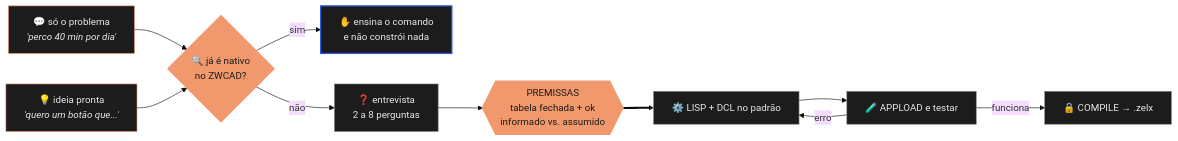
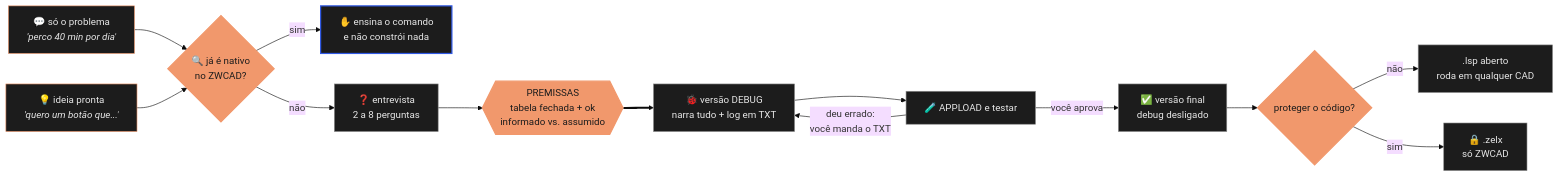
The diagram in README.md (inovacao-totalcad/Totalcad-ZWCAD), drawn with Mermaid (base theme) before and after one commit. The commit also changed other lines of this file and 2 other files, not shown here.

First line of the commit message:
Ciclo debug obrigatorio e escolha de distribuicao

````diff
--- a/README.md
+++ b/README.md
@@ -55,25 +55,28 @@
 ```mermaid
 flowchart LR
     A["💬 só o problema<br><i>'perco 40 min por dia'</i>"] --> N
     B["💡 ideia pronta<br><i>'quero um botão que...'</i>"] --> N
 
     N{"🔍 já é nativo<br>no ZWCAD?"}
     N -- "sim" --> X["✋ ensina o comando<br>e não constrói nada"]
     N -- "não" --> D["❓ entrevista<br>2 a 8 perguntas"]
 
     D --> G{{"PREMISSAS<br>tabela fechada + ok<br>informado vs. assumido"}}
-    G ==> H["⚙️ LISP + DCL no padrão"]
+    G ==> H["🐞 versão DEBUG<br>narra tudo + log em TXT"]
     H --> T["🧪 APPLOAD e testar"]
-    T -- "erro" --> H
-    T -- "funciona" --> I["🔒 COMPILE → .zelx"]
+    T -- "deu errado:<br>você manda o TXT" --> H
+    T -- "você aprova" --> F["✅ versão final<br>debug desligado"]
+    F --> P{"proteger o código?"}
+    P -- "não" --> L[".lsp aberto<br>roda em qualquer CAD"]
+    P -- "sim" --> Z["🔒 .zelx<br>só ZWCAD"]
 
     classDef entrada fill:#1c1c1c,stroke:#F1986C,stroke-width:1px,color:#e8e8e8
     classDef portao  fill:#F1986C,stroke:#F1986C,stroke-width:2px,color:#1c1c1c
     classDef saida   fill:#1c1c1c,stroke:#8a8a8a,stroke-width:1px,color:#e8e8e8
     classDef freio   fill:#1c1c1c,stroke:#315AE5,stroke-width:2px,color:#e8e8e8
 
     class A,B entrada
-    class N,G portao
-    class D,H,T,I saida
+    class N,G,P portao
+    class D,H,T,F,L,Z saida
     class X freio
 ```
````
